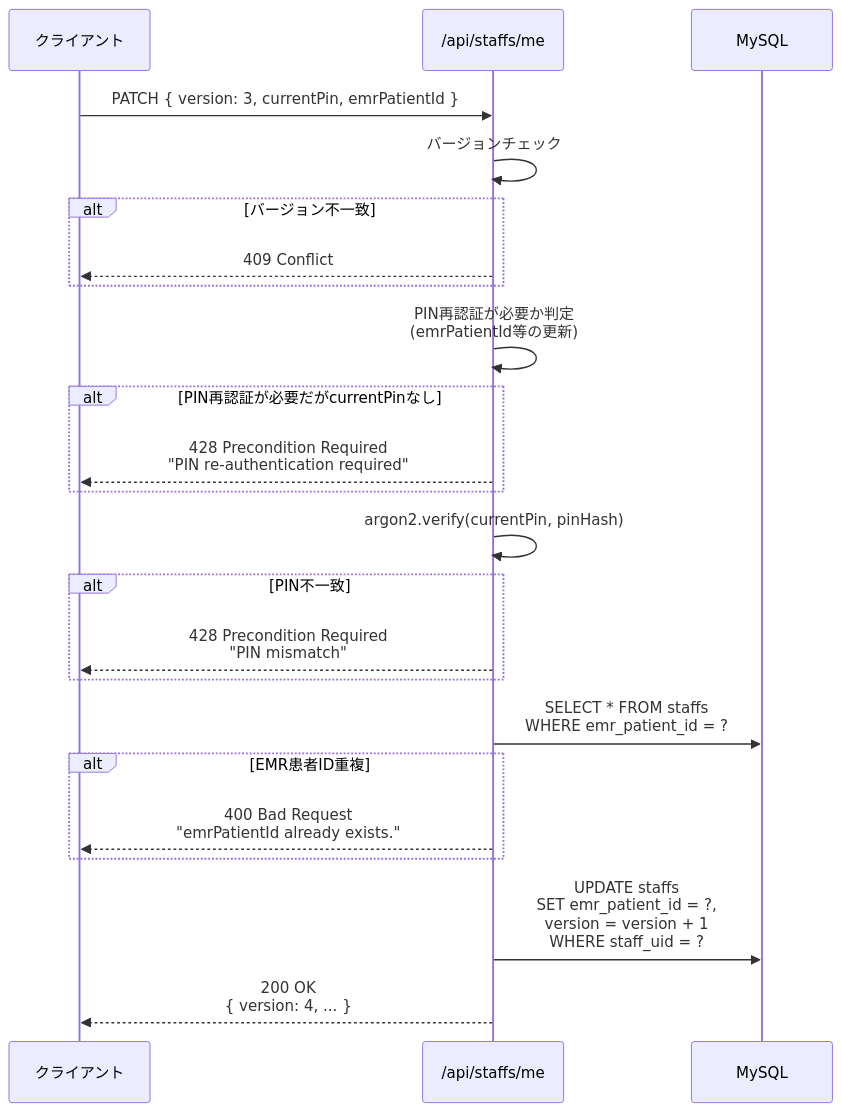
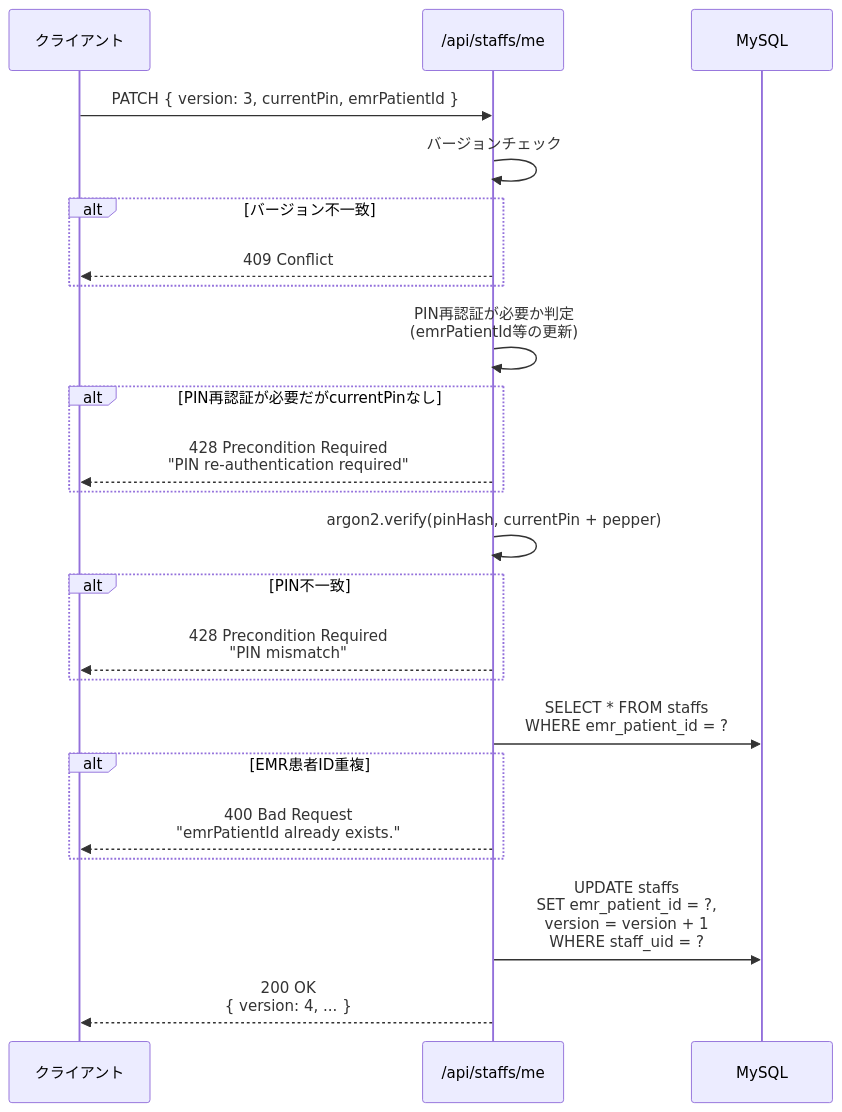
One commit to reisy1999/reserve-api changed the second of 4 diagrams in docs/spec/07-Staff-API.md. Above: the diagram before and after it, drawn with Mermaid. The commit also changed other lines of this file and 3 other files, not shown here.

````diff
--- a/docs/spec/07-Staff-API.md
+++ b/docs/spec/07-Staff-API.md
@@ -259,34 +259,34 @@
 ```mermaid
 sequenceDiagram
     participant Client as クライアント
     participant API as /api/staffs/me
     participant DB as MySQL
 
     Client->>API: PATCH { version: 3, currentPin, emrPatientId }
     API->>API: バージョンチェック
 
     alt バージョン不一致
         API-->>Client: 409 Conflict
     end
 
     API->>API: PIN再認証が必要か判定<br/>(emrPatientId等の更新)
 
     alt PIN再認証が必要だがcurrentPinなし
         API-->>Client: 428 Precondition Required<br/>"PIN re-authentication required"
     end
 
-    API->>API: argon2.verify(currentPin, pinHash)
+    API->>API: argon2.verify(pinHash, currentPin + pepper)
 
     alt PIN不一致
         API-->>Client: 428 Precondition Required<br/>"PIN mismatch"
     end
 
     API->>DB: SELECT * FROM staffs<br/>WHERE emr_patient_id = ?
 
     alt EMR患者ID重複
         API-->>Client: 400 Bad Request<br/>"emrPatientId already exists."
     end
 
     API->>DB: UPDATE staffs<br/>SET emr_patient_id = ?,<br/>version = version + 1<br/>WHERE staff_uid = ?
     API-->>Client: 200 OK<br/>{ version: 4, ... }
 ```
````
